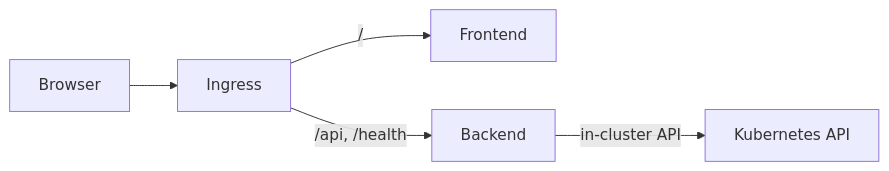
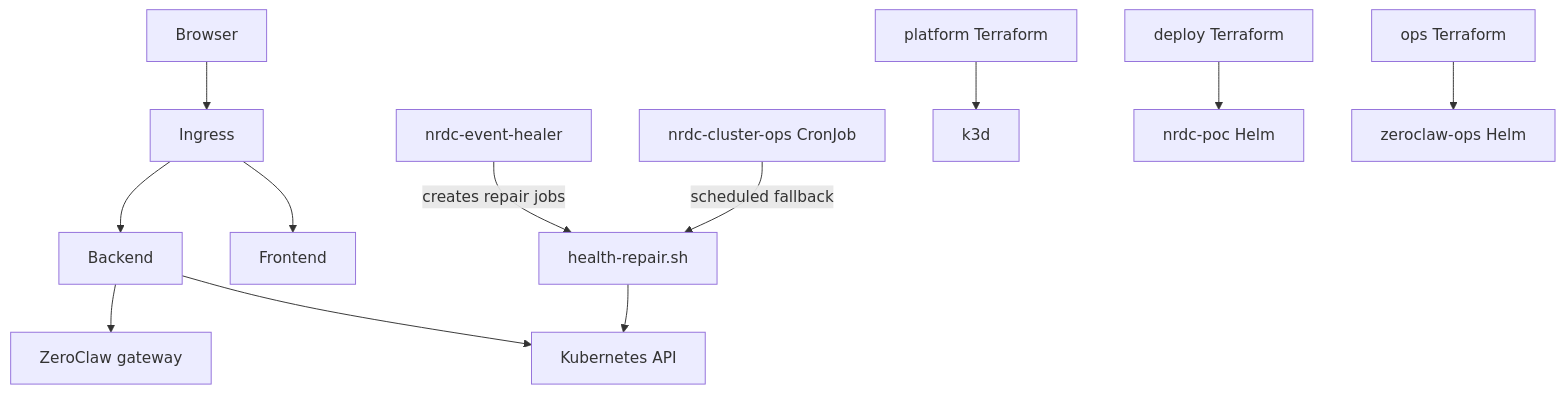
The diagram in README.md (DinushaNaween/react-express-k8s-poc), drawn with Mermaid before and after one commit. The commit also changed other lines of this file and 50 other files, not shown here.

````diff
--- a/README.md
+++ b/README.md
@@ -307,7 +320,14 @@
 ```mermaid
-flowchart LR
+flowchart TB
   Browser --> Ingress
-  Ingress -->|"/"| Frontend
-  Ingress -->|"/api, /health"| Backend
-  Backend -->|in-cluster API| K8sAPI[Kubernetes API]
+  Ingress --> Frontend
+  Ingress --> Backend
+  Backend --> K8sAPI[Kubernetes API]
+  Backend --> ZeroClawGW[ZeroClaw gateway]
+  EventHealer[nrdc-event-healer] -->|creates repair jobs| RepairJob
+  CronJob[nrdc-cluster-ops CronJob] -->|scheduled fallback| RepairJob
+  RepairJob[health-repair.sh] --> K8sAPI
+  PlatformTF[platform Terraform] --> k3d
+  DeployTF[deploy Terraform] --> AppHelm[nrdc-poc Helm]
+  OpsTF[ops Terraform] --> OpsHelm[zeroclaw-ops Helm]
 ```
````
